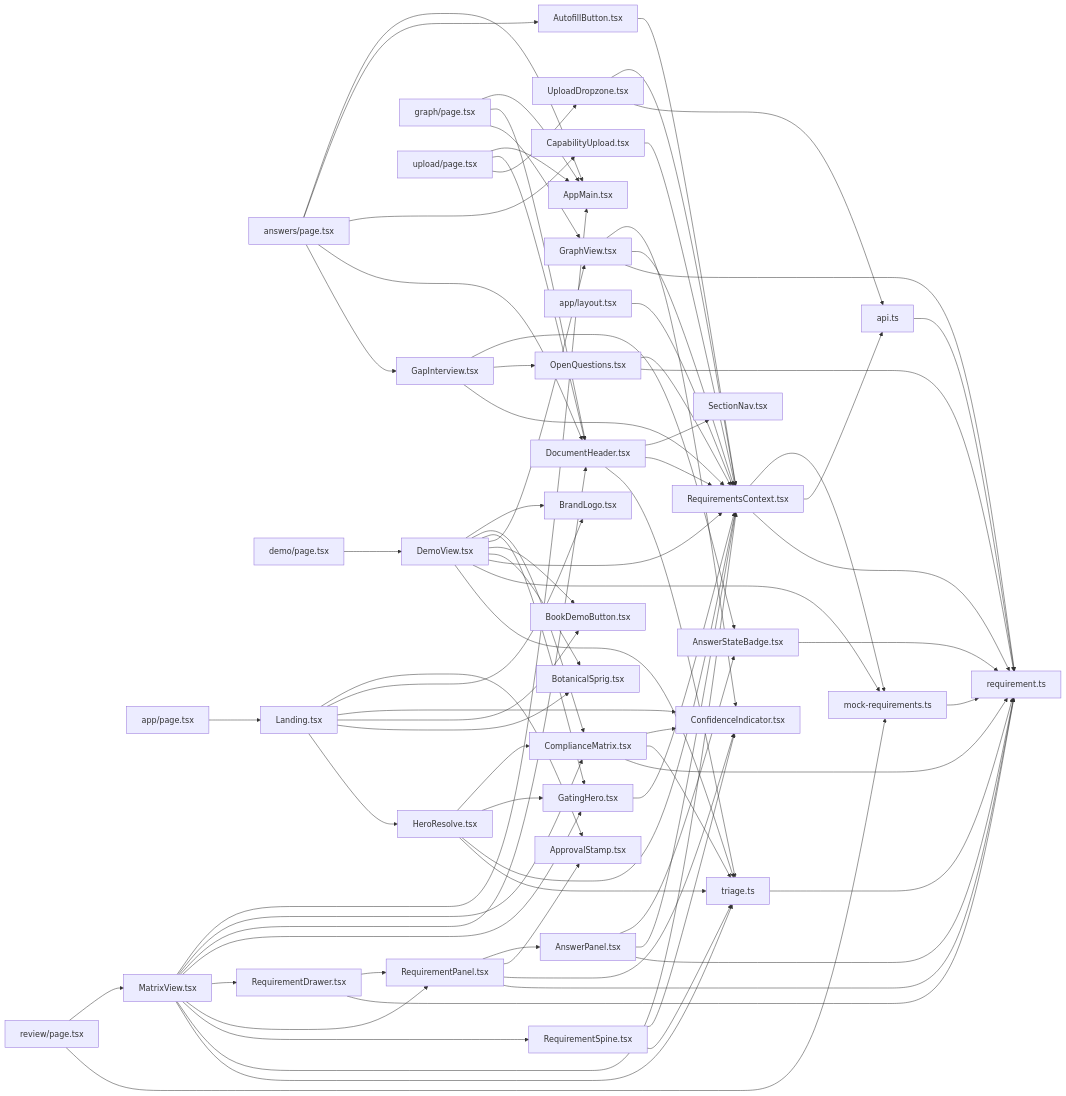
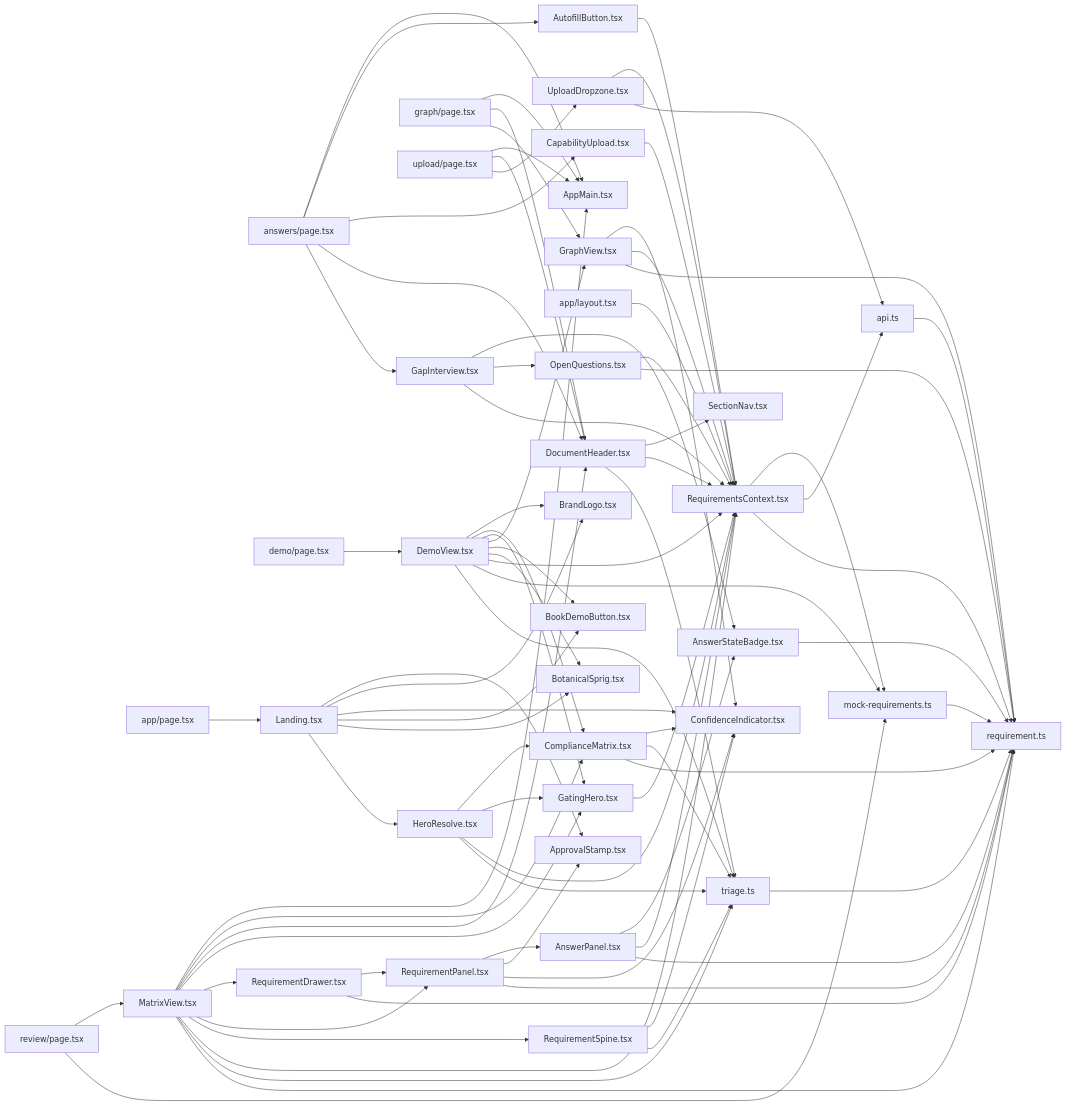
The second of 3 diagrams in CODEMAP.md (Welddevelopment/Bidframe), drawn with Mermaid before and after one commit. The commit also changed other lines of this file and 22 other files, not shown here.

Commit message:
Harden demo day and frontend UX flow

```diff
--- a/CODEMAP.md
+++ b/CODEMAP.md
@@ -95,6 +95,7 @@
   n15[MatrixView.tsx] --> n33[RequirementSpine.tsx]
   n15[MatrixView.tsx] --> n11[RequirementsContext.tsx]
   n15[MatrixView.tsx] --> n24[triage.ts]
+  n15[MatrixView.tsx] --> n21[requirement.ts]
   n30[OpenQuestions.tsx] --> n11[RequirementsContext.tsx]
   n30[OpenQuestions.tsx] --> n21[requirement.ts]
   n31[RequirementDrawer.tsx] --> n32[RequirementPanel.tsx]
```
